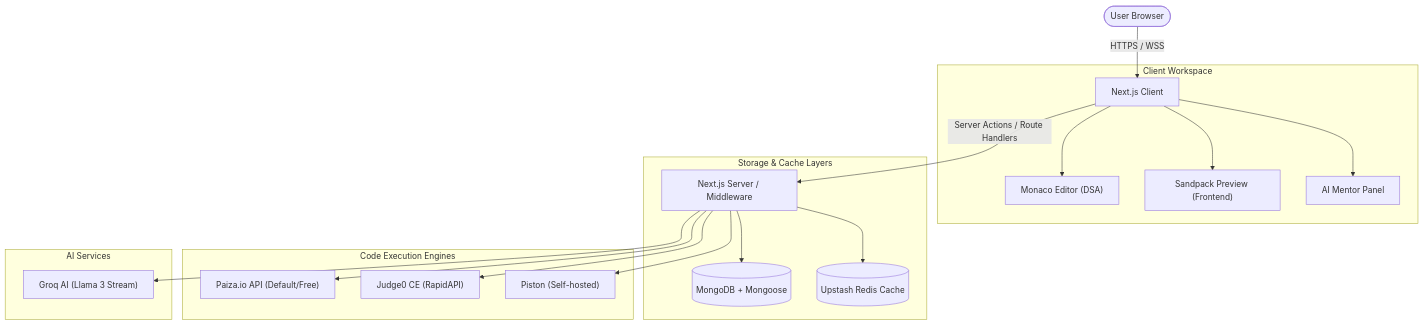
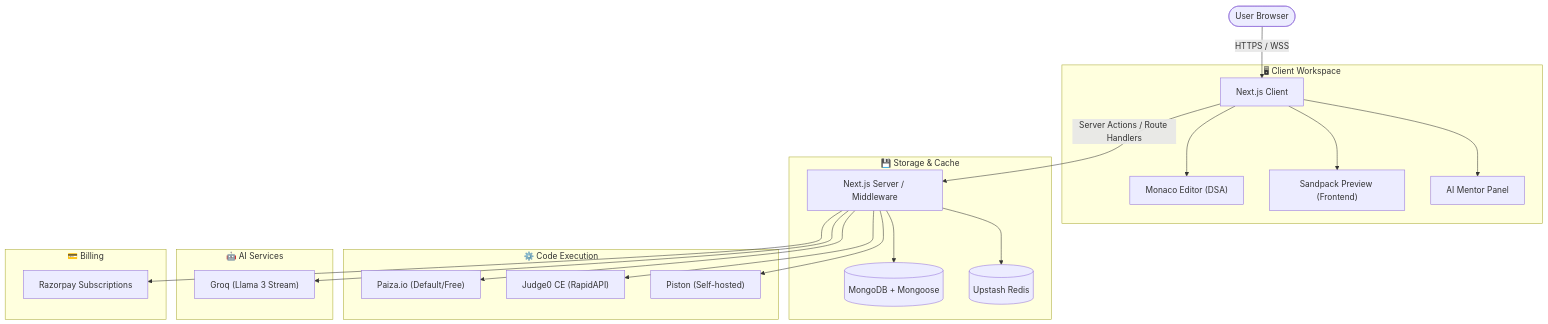
One commit to nitheeshdr/codeforge-ai changed the diagram in README.md. Above: the diagram before and after it, drawn with Mermaid. The commit also changed other lines of this file, not shown here.

````diff
--- a/README.md
+++ b/README.md
@@ -18,27 +36,31 @@
 ```mermaid
 graph TD
     User([User Browser]) -->|HTTPS / WSS| FE[Next.js Client]
 
-    subgraph ClientWorkspace ["Client Workspace"]
+    subgraph ClientWorkspace ["🖥 Client Workspace"]
         FE --> Editor["Monaco Editor (DSA)"]
         FE --> Sandbox["Sandpack Preview (Frontend)"]
         FE --> AIChat["AI Mentor Panel"]
     end
 
     FE -->|Server Actions / Route Handlers| API[Next.js Server / Middleware]
 
-    subgraph Storage ["Storage & Cache Layers"]
+    subgraph Storage ["💾 Storage & Cache"]
         API --> DB[("MongoDB + Mongoose")]
-        API --> Redis[("Upstash Redis Cache")]
+        API --> Redis[("Upstash Redis")]
     end
 
-    subgraph Execution ["Code Execution Engines"]
-        API --> Paiza["Paiza.io API (Default/Free)"]
+    subgraph Execution ["⚙️ Code Execution"]
+        API --> Paiza["Paiza.io (Default/Free)"]
         API --> Judge0["Judge0 CE (RapidAPI)"]
         API --> Piston["Piston (Self-hosted)"]
     end
 
-    subgraph AI ["AI Services"]
-        API --> Groq["Groq AI (Llama 3 Stream)"]
+    subgraph AI ["🤖 AI Services"]
+        API --> Groq["Groq (Llama 3 Stream)"]
+    end
+
+    subgraph Payments ["💳 Billing"]
+        API --> Razorpay["Razorpay Subscriptions"]
     end
 ```
````
